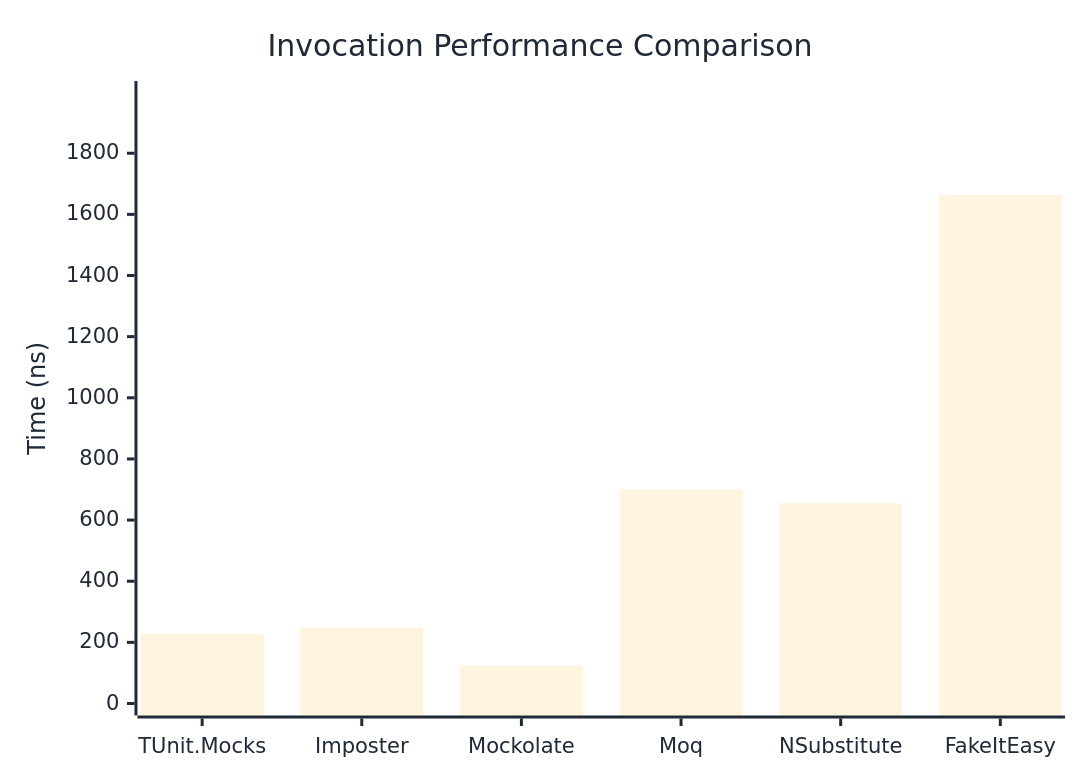
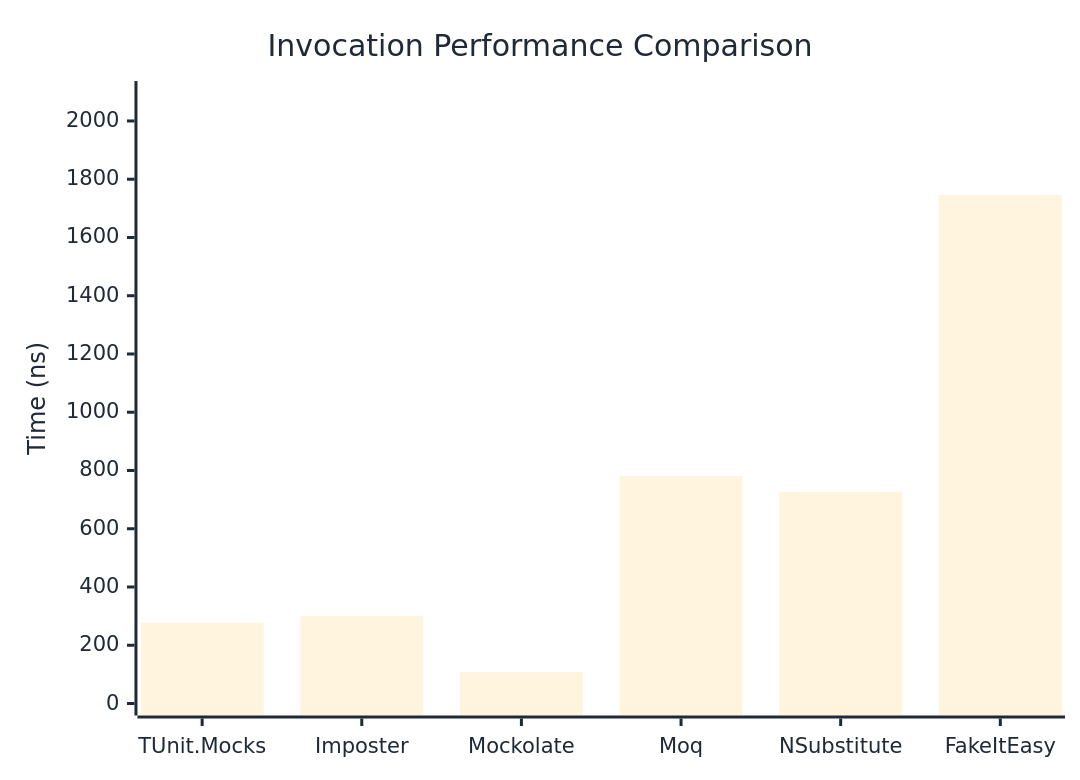
The first of 3 diagrams in docs/docs/benchmarks/mocks/Invocation.md (thomhurst/TUnit), drawn with Mermaid before and after one commit. The commit also changed other lines of this file and 14 other files, not shown here.

````diff
--- a/docs/docs/benchmarks/mocks/Invocation.md
+++ b/docs/docs/benchmarks/mocks/Invocation.md
@@ -30,27 +30,27 @@
 ```mermaid
 %%{init: {
   'theme':'base',
   'themeVariables': {
     'primaryColor': '#2563eb',
     'primaryTextColor': '#1f2937',
     'primaryBorderColor': '#1e40af',
     'lineColor': '#6b7280',
     'secondaryColor': '#7c3aed',
     'tertiaryColor': '#dc2626',
     'background': '#ffffff',
     'pie1': '#2563eb',
     'pie2': '#7c3aed',
     'pie3': '#dc2626',
     'pie4': '#f59e0b',
     'pie5': '#10b981',
     'pie6': '#06b6d4',
     'pie7': '#ec4899',
     'pie8': '#6366f1'
   }
 }}%%
 xychart-beta
   title "Invocation Performance Comparison"
   x-axis ["TUnit.Mocks", "Imposter", "Mockolate", "Moq", "NSubstitute", "FakeItEasy"]
-  y-axis "Time (ns)" 0 --> 1997
-  bar [227.3, 248.3, 123.8, 699.7, 654.9, 1663.7]
+  y-axis "Time (ns)" 0 --> 2096
+  bar [276.94, 301.53, 107.91, 780.48, 726.83, 1746.43]
 ```
````
